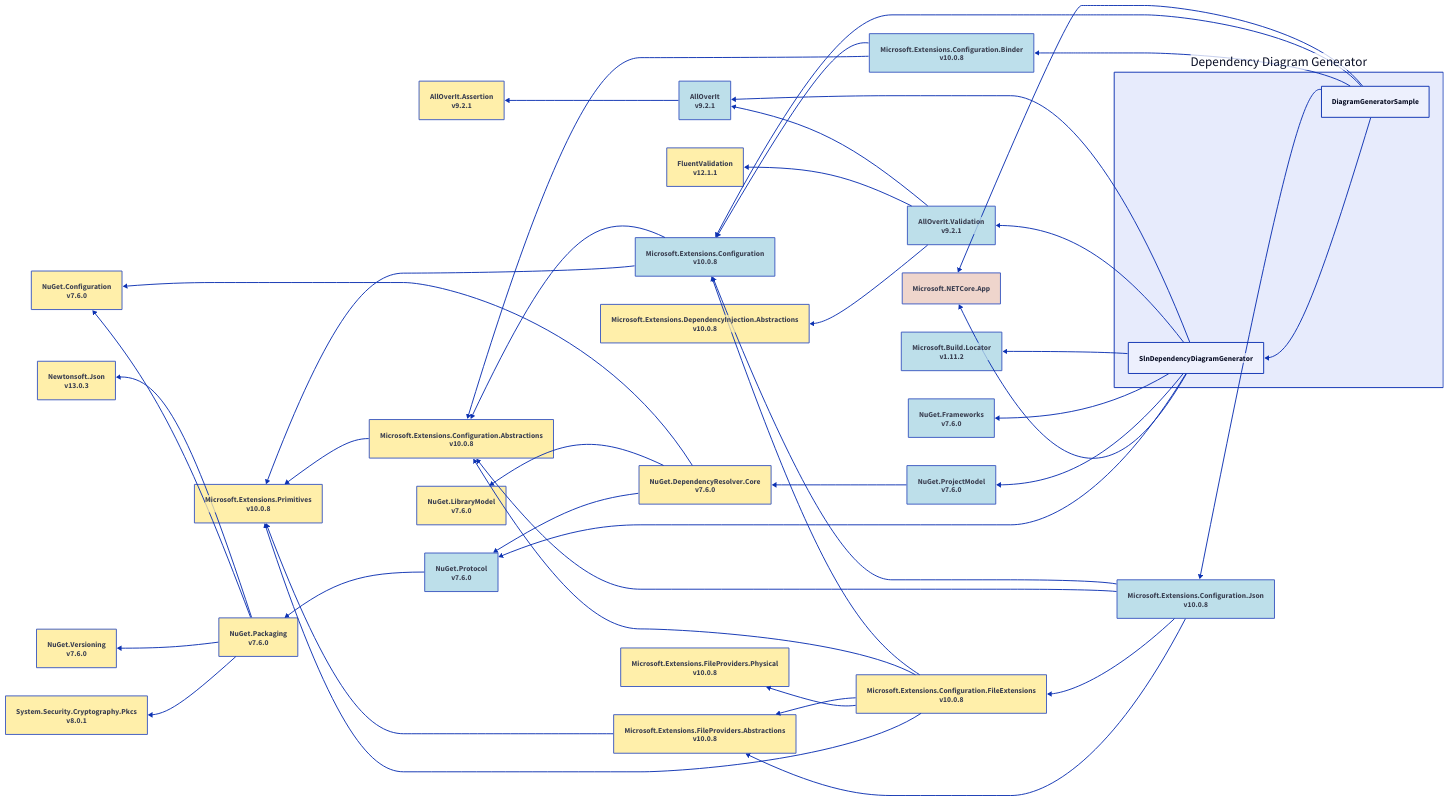
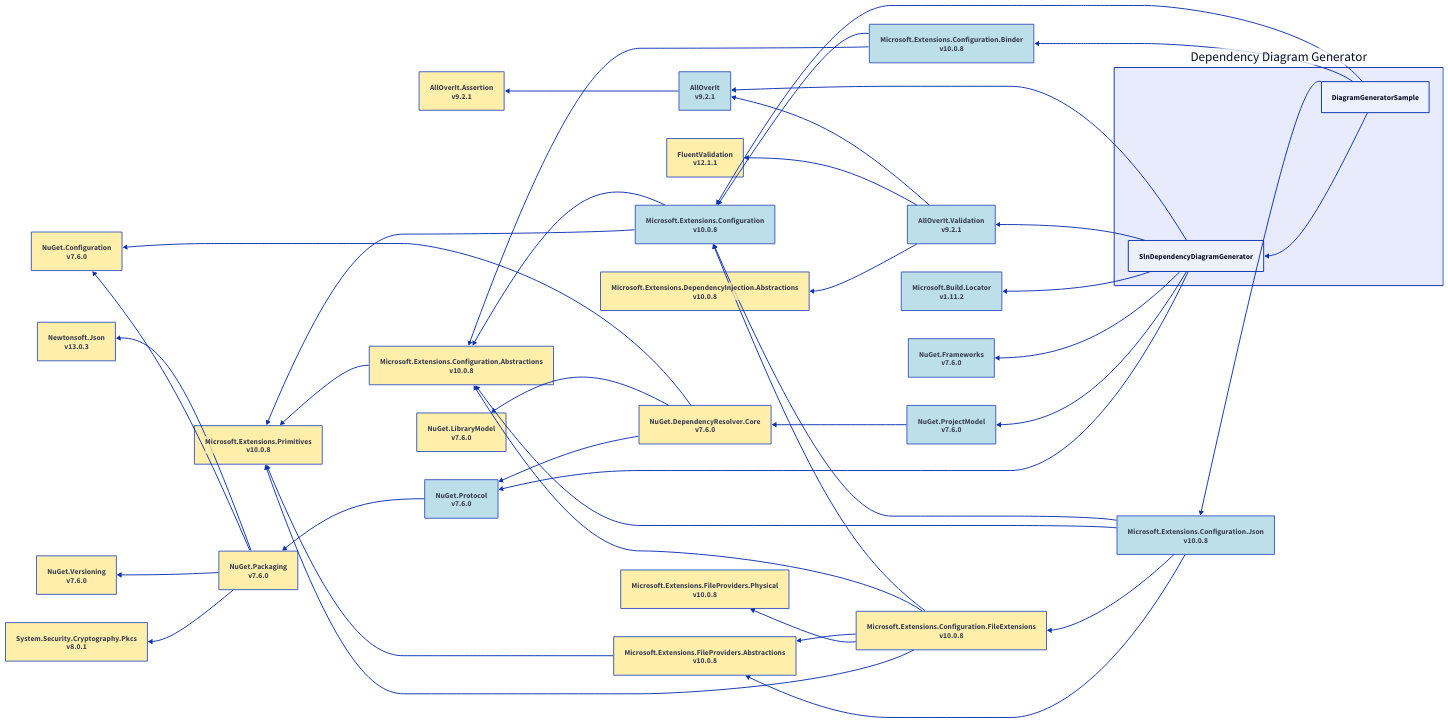
One commit to mjfreelancing/SlnDependencyDiagramGenerator changed the diagram in Samples/Output/net10.0/d2/diagramgeneratorsample.d2. Above: the diagram before and after it, drawn with D2. The commit also changed 73 other files, not shown here.

```diff
--- a/Samples/Output/net10.0/d2/diagramgeneratorsample.d2
+++ b/Samples/Output/net10.0/d2/diagramgeneratorsample.d2
@@ -1,122 +1,117 @@
 direction: left
 
 ddg: Dependency Diagram Generator
 ddg.diagramgeneratorsample: DiagramGeneratorSample
-microsoft-netcore-app: Microsoft.NETCore.App
 microsoft-extensions-configuration_10-0-8: Microsoft.Extensions.Configuration\nv10.0.8
 microsoft-extensions-configuration-abstractions_10-0-8: Microsoft.Extensions.Configuration.Abstractions\nv10.0.8
 microsoft-extensions-primitives_10-0-8: Microsoft.Extensions.Primitives\nv10.0.8
 microsoft-extensions-configuration-binder_10-0-8: Microsoft.Extensions.Configuration.Binder\nv10.0.8
 microsoft-extensions-configuration-json_10-0-8: Microsoft.Extensions.Configuration.Json\nv10.0.8
 microsoft-extensions-configuration-fileextensions_10-0-8: Microsoft.Extensions.Configuration.FileExtensions\nv10.0.8
 microsoft-extensions-fileproviders-abstractions_10-0-8: Microsoft.Extensions.FileProviders.Abstractions\nv10.0.8
 microsoft-extensions-fileproviders-physical_10-0-8: Microsoft.Extensions.FileProviders.Physical\nv10.0.8
 ddg.slndependencydiagramgenerator: SlnDependencyDiagramGenerator
 alloverit_9-2-1: AllOverIt\nv9.2.1
 alloverit-assertion_9-2-1: AllOverIt.Assertion\nv9.2.1
 alloverit-validation_9-2-1: AllOverIt.Validation\nv9.2.1
 fluentvalidation_12-1-1: FluentValidation\nv12.1.1
 microsoft-extensions-dependencyinjection-abstractions_10-0-8: Microsoft.Extensions.DependencyInjection.Abstractions\nv10.0.8
 microsoft-build-locator_1-11-2: Microsoft.Build.Locator\nv1.11.2
 nuget-frameworks_7-6-0: NuGet.Frameworks\nv7.6.0
 nuget-projectmodel_7-6-0: NuGet.ProjectModel\nv7.6.0
 nuget-dependencyresolver-core_7-6-0: NuGet.DependencyResolver.Core\nv7.6.0
 nuget-configuration_7-6-0: NuGet.Configuration\nv7.6.0
 nuget-librarymodel_7-6-0: NuGet.LibraryModel\nv7.6.0
 nuget-protocol_7-6-0: NuGet.Protocol\nv7.6.0
 nuget-packaging_7-6-0: NuGet.Packaging\nv7.6.0
 newtonsoft-json_13-0-3: Newtonsoft.Json\nv13.0.3
 nuget-versioning_7-6-0: NuGet.Versioning\nv7.6.0
 system-security-cryptography-pkcs_8-0-1: System.Security.Cryptography.Pkcs\nv8.0.1
-microsoft-netcore-app <- ddg.diagramgeneratorsample
 microsoft-extensions-configuration_10-0-8 <- ddg.diagramgeneratorsample
 microsoft-extensions-configuration-abstractions_10-0-8 <- microsoft-extensions-configuration_10-0-8
 microsoft-extensions-primitives_10-0-8 <- microsoft-extensions-configuration-abstractions_10-0-8
 microsoft-extensions-primitives_10-0-8 <- microsoft-extensions-configuration_10-0-8
 microsoft-extensions-configuration-binder_10-0-8 <- ddg.diagramgeneratorsample
 microsoft-extensions-configuration_10-0-8 <- microsoft-extensions-configuration-binder_10-0-8
 microsoft-extensions-configuration-abstractions_10-0-8 <- microsoft-extensions-configuration-binder_10-0-8
 microsoft-extensions-configuration-json_10-0-8 <- ddg.diagramgeneratorsample
 microsoft-extensions-configuration_10-0-8 <- microsoft-extensions-configuration-json_10-0-8
 microsoft-extensions-configuration-abstractions_10-0-8 <- microsoft-extensions-configuration-json_10-0-8
 microsoft-extensions-configuration-fileextensions_10-0-8 <- microsoft-extensions-configuration-json_10-0-8
 microsoft-extensions-configuration_10-0-8 <- microsoft-extensions-configuration-fileextensions_10-0-8
 microsoft-extensions-configuration-abstractions_10-0-8 <- microsoft-extensions-configuration-fileextensions_10-0-8
 microsoft-extensions-fileproviders-abstractions_10-0-8 <- microsoft-extensions-configuration-fileextensions_10-0-8
 microsoft-extensions-fileproviders-physical_10-0-8 <- microsoft-extensions-configuration-fileextensions_10-0-8
 microsoft-extensions-primitives_10-0-8 <- microsoft-extensions-configuration-fileextensions_10-0-8
 microsoft-extensions-fileproviders-abstractions_10-0-8 <- microsoft-extensions-configuration-json_10-0-8
 microsoft-extensions-primitives_10-0-8 <- microsoft-extensions-fileproviders-abstractions_10-0-8
 ddg.slndependencydiagramgenerator <- ddg.diagramgeneratorsample
 alloverit_9-2-1 <- ddg.slndependencydiagramgenerator
 alloverit-assertion_9-2-1 <- alloverit_9-2-1
 alloverit-validation_9-2-1 <- ddg.slndependencydiagramgenerator
 alloverit_9-2-1 <- alloverit-validation_9-2-1
 fluentvalidation_12-1-1 <- alloverit-validation_9-2-1
 microsoft-extensions-dependencyinjection-abstractions_10-0-8 <- alloverit-validation_9-2-1
 microsoft-build-locator_1-11-2 <- ddg.slndependencydiagramgenerator
 nuget-frameworks_7-6-0 <- ddg.slndependencydiagramgenerator
 nuget-projectmodel_7-6-0 <- ddg.slndependencydiagramgenerator
 nuget-dependencyresolver-core_7-6-0 <- nuget-projectmodel_7-6-0
 nuget-configuration_7-6-0 <- nuget-dependencyresolver-core_7-6-0
 nuget-librarymodel_7-6-0 <- nuget-dependencyresolver-core_7-6-0
 nuget-protocol_7-6-0 <- nuget-dependencyresolver-core_7-6-0
 nuget-protocol_7-6-0 <- ddg.slndependencydiagramgenerator
 nuget-packaging_7-6-0 <- nuget-protocol_7-6-0
 newtonsoft-json_13-0-3 <- nuget-packaging_7-6-0
 nuget-configuration_7-6-0 <- nuget-packaging_7-6-0
 nuget-versioning_7-6-0 <- nuget-packaging_7-6-0
 system-security-cryptography-pkcs_8-0-1 <- nuget-packaging_7-6-0
-microsoft-netcore-app <- ddg.slndependencydiagramgenerator
-microsoft-netcore-app.style.fill: "#ECCBC0"
-microsoft-netcore-app.style.opacity: 0.8
 microsoft-extensions-configuration_10-0-8.style.fill: "#ADD8E6"
 microsoft-extensions-configuration_10-0-8.style.opacity: 0.8
 microsoft-extensions-configuration-abstractions_10-0-8.style.fill: "#FFEC96"
 microsoft-extensions-configuration-abstractions_10-0-8.style.opacity: 0.8
 microsoft-extensions-primitives_10-0-8.style.fill: "#FFEC96"
 microsoft-extensions-primitives_10-0-8.style.opacity: 0.8
 microsoft-extensions-configuration-binder_10-0-8.style.fill: "#ADD8E6"
 microsoft-extensions-configuration-binder_10-0-8.style.opacity: 0.8
 microsoft-extensions-configuration-json_10-0-8.style.fill: "#ADD8E6"
 microsoft-extensions-configuration-json_10-0-8.style.opacity: 0.8
 microsoft-extensions-configuration-fileextensions_10-0-8.style.fill: "#FFEC96"
 microsoft-extensions-configuration-fileextensions_10-0-8.style.opacity: 0.8
 microsoft-extensions-fileproviders-abstractions_10-0-8.style.fill: "#FFEC96"
 microsoft-extensions-fileproviders-abstractions_10-0-8.style.opacity: 0.8
 microsoft-extensions-fileproviders-physical_10-0-8.style.fill: "#FFEC96"
 microsoft-extensions-fileproviders-physical_10-0-8.style.opacity: 0.8
 alloverit_9-2-1.style.fill: "#ADD8E6"
 alloverit_9-2-1.style.opacity: 0.8
 alloverit-assertion_9-2-1.style.fill: "#FFEC96"
 alloverit-assertion_9-2-1.style.opacity: 0.8
 alloverit-validation_9-2-1.style.fill: "#ADD8E6"
 alloverit-validation_9-2-1.style.opacity: 0.8
 fluentvalidation_12-1-1.style.fill: "#FFEC96"
 fluentvalidation_12-1-1.style.opacity: 0.8
 microsoft-extensions-dependencyinjection-abstractions_10-0-8.style.fill: "#FFEC96"
 microsoft-extensions-dependencyinjection-abstractions_10-0-8.style.opacity: 0.8
 microsoft-build-locator_1-11-2.style.fill: "#ADD8E6"
 microsoft-build-locator_1-11-2.style.opacity: 0.8
 nuget-frameworks_7-6-0.style.fill: "#ADD8E6"
 nuget-frameworks_7-6-0.style.opacity: 0.8
 nuget-projectmodel_7-6-0.style.fill: "#ADD8E6"
 nuget-projectmodel_7-6-0.style.opacity: 0.8
 nuget-dependencyresolver-core_7-6-0.style.fill: "#FFEC96"
 nuget-dependencyresolver-core_7-6-0.style.opacity: 0.8
 nuget-configuration_7-6-0.style.fill: "#FFEC96"
 nuget-configuration_7-6-0.style.opacity: 0.8
 nuget-librarymodel_7-6-0.style.fill: "#FFEC96"
 nuget-librarymodel_7-6-0.style.opacity: 0.8
 nuget-protocol_7-6-0.style.fill: "#ADD8E6"
 nuget-protocol_7-6-0.style.opacity: 0.8
 nuget-packaging_7-6-0.style.fill: "#FFEC96"
 nuget-packaging_7-6-0.style.opacity: 0.8
 newtonsoft-json_13-0-3.style.fill: "#FFEC96"
 newtonsoft-json_13-0-3.style.opacity: 0.8
 nuget-versioning_7-6-0.style.fill: "#FFEC96"
 nuget-versioning_7-6-0.style.opacity: 0.8
 system-security-cryptography-pkcs_8-0-1.style.fill: "#FFEC96"
 system-security-cryptography-pkcs_8-0-1.style.opacity: 0.8
 ddg.style.fill: "#E7EBFC"
 ddg.style.opacity: 1
```
